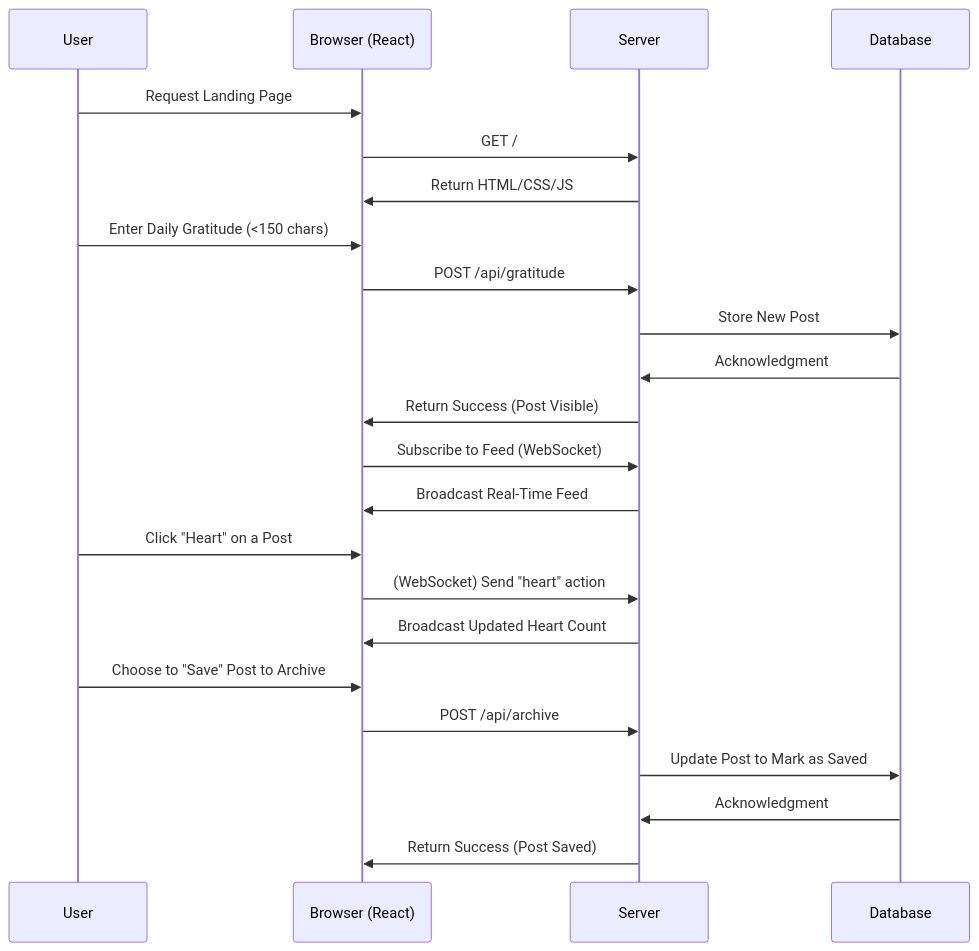
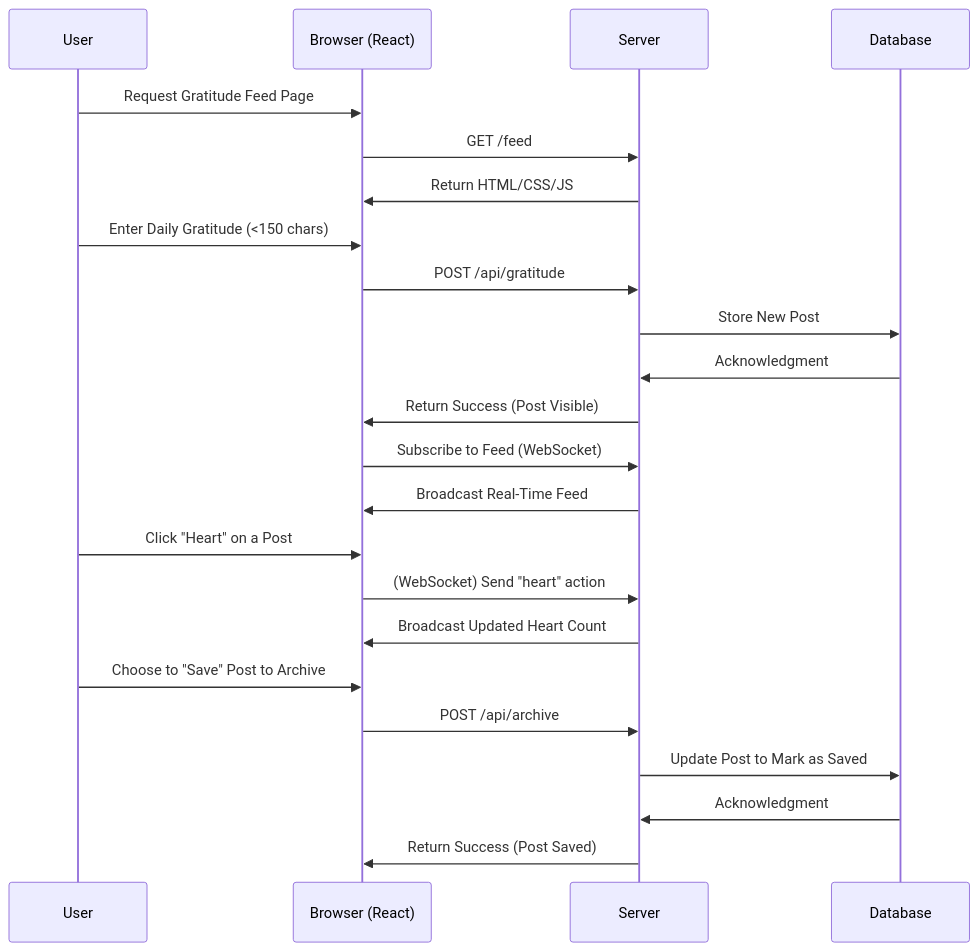
One commit to eddieblu/startup changed the second of 2 diagrams in README.md. Above: the diagram before and after it, drawn with Mermaid. The commit also changed other lines of this file, not shown here.

Commit message:
Update README.md
i might remove sequence diagrams later

````diff
--- a/README.md
+++ b/README.md
@@ -46,30 +52,30 @@
 ```mermaid
 sequenceDiagram
     participant U as User
     participant B as Browser (React)
     participant S as Server
     participant DB as Database
 
-    U->>B: Request Landing Page
-    B->>S: GET /
+    U->>B: Request Gratitude Feed Page
+    B->>S: GET /feed
     S->>B: Return HTML/CSS/JS
 
     U->>B: Enter Daily Gratitude (<150 chars)
     B->>S: POST /api/gratitude
     S->>DB: Store New Post
     DB->>S: Acknowledgment
     S->>B: Return Success (Post Visible)
 
     B->>S: Subscribe to Feed (WebSocket)
     S->>B: Broadcast Real-Time Feed
 
     U->>B: Click "Heart" on a Post
     B->>S: (WebSocket) Send "heart" action
     S->>B: Broadcast Updated Heart Count
 
     U->>B: Choose to "Save" Post to Archive
     B->>S: POST /api/archive
     S->>DB: Update Post to Mark as Saved
     DB->>S: Acknowledgment
     S->>B: Return Success (Post Saved)
 ```
````
